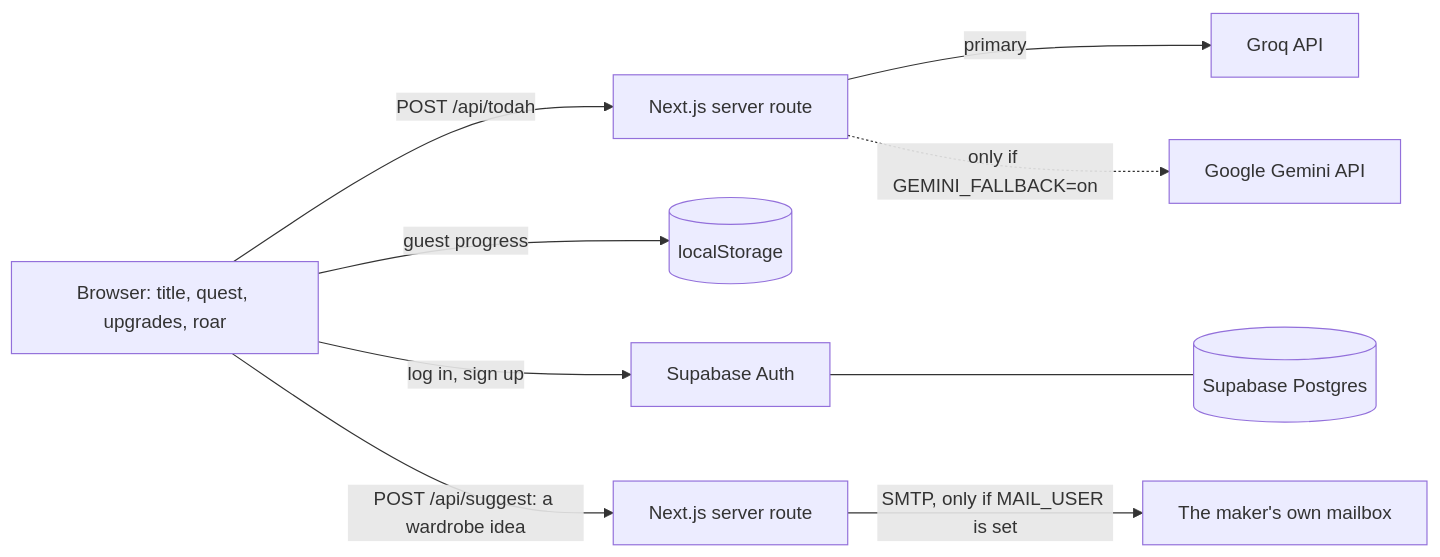
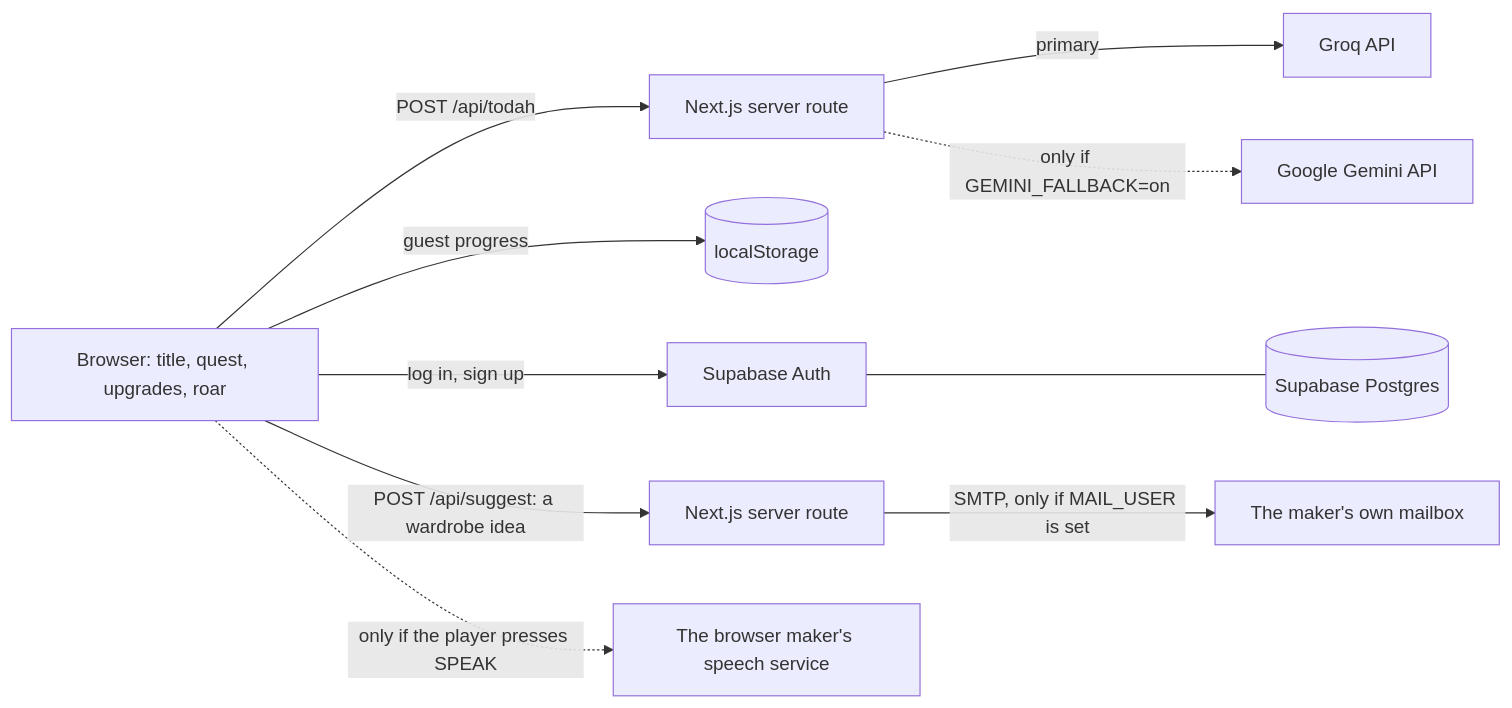
The first of 3 diagrams in docs/architecture/overview.md (cohortjuan/rwr), drawn with Mermaid before and after one commit. The commit also changed other lines of this file and 3 other files, not shown here.

First line of the commit message:
Bring the README and architecture notes up to date with the game

````diff
--- a/docs/architecture/overview.md
+++ b/docs/architecture/overview.md
@@ -5,11 +5,12 @@
 ```mermaid
 flowchart LR
   Browser[Browser: title, quest, upgrades, roar] -->|POST /api/todah| Route[Next.js server route]
   Route -->|primary| Groq[Groq API]
   Route -.->|only if GEMINI_FALLBACK=on| Gemini[Google Gemini API]
   Browser -->|guest progress| LocalStorage[(localStorage)]
   Browser -->|log in, sign up| SupabaseAuth[Supabase Auth]
   SupabaseAuth --- Postgres[(Supabase Postgres)]
   Browser -->|POST /api/suggest: a wardrobe idea| Suggest[Next.js server route]
   Suggest -->|SMTP, only if MAIL_USER is set| Mailbox[The maker's own mailbox]
+  Browser -.->|only if the player presses SPEAK| Speech[The browser maker's speech service]
 ```
````
